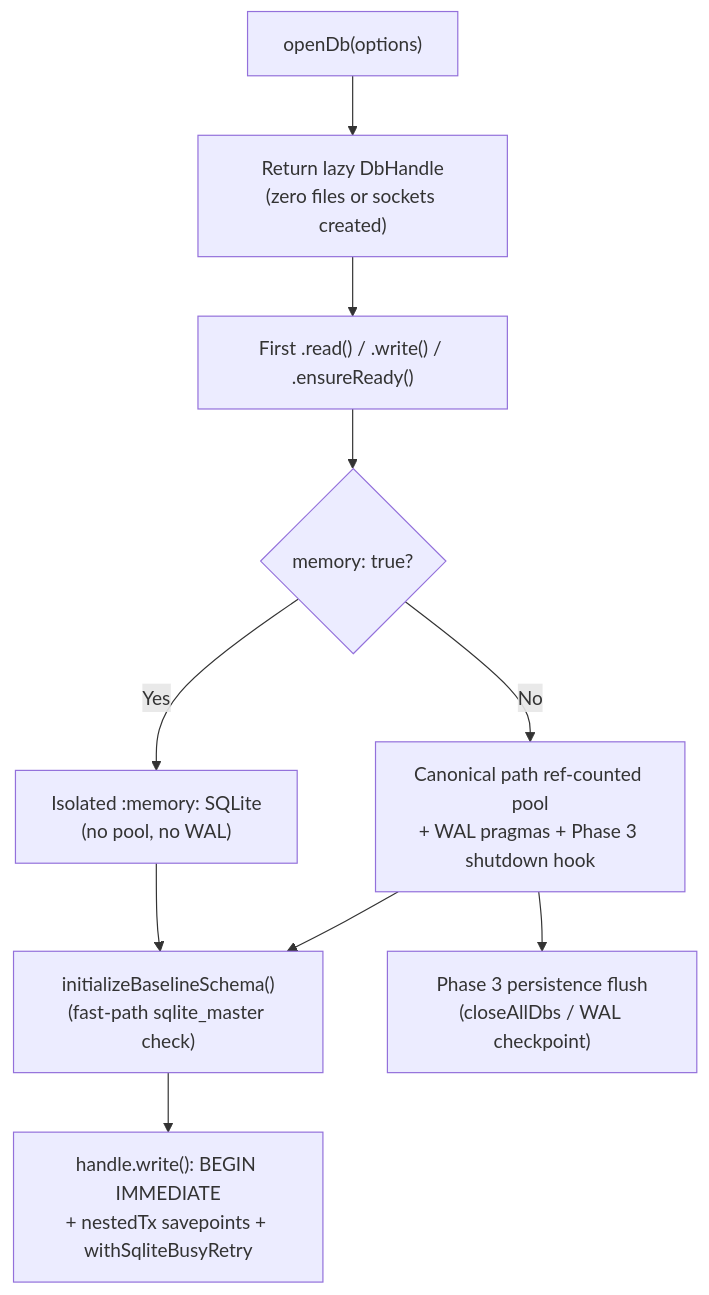
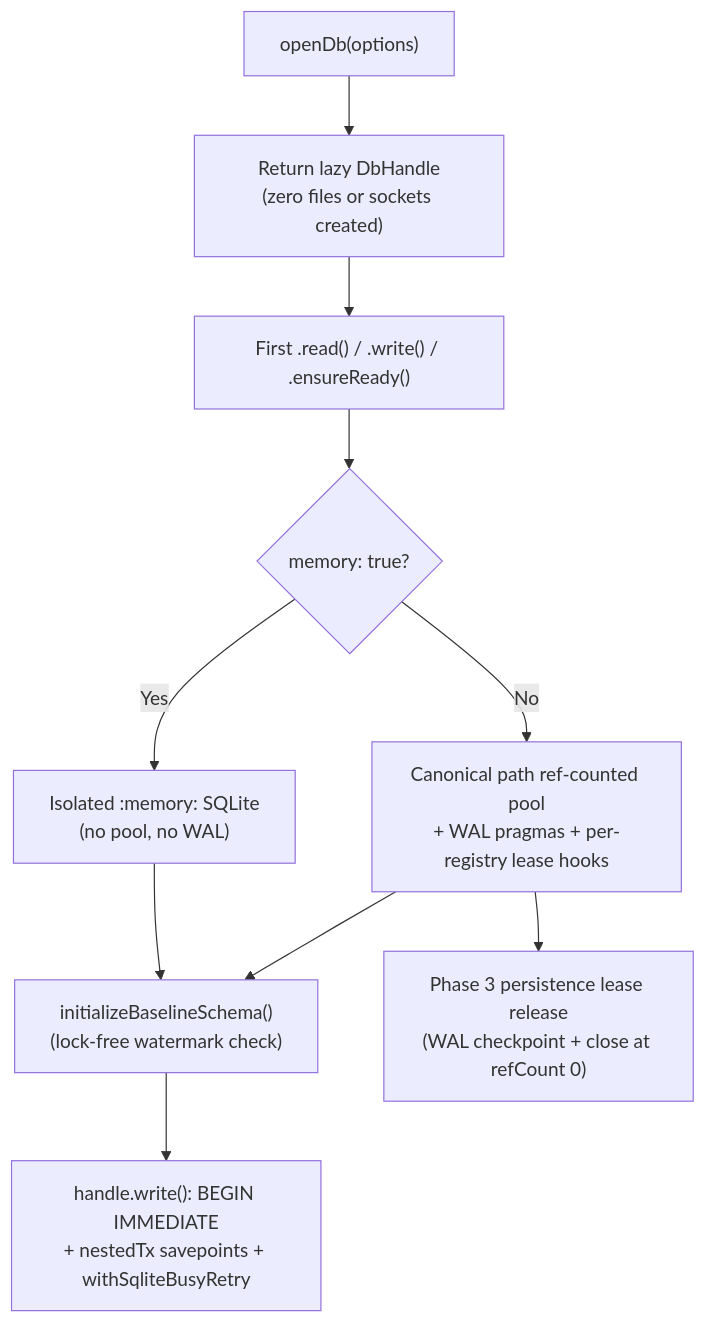
The diagram in docs/architecture/persistence.md (ahmedhanye/devtools), drawn with Mermaid before and after one commit. The commit also changed other lines of this file and 1 other file, not shown here.

Commit message:
docs(architecture): update persistence and lighthouse contracts

````diff
--- a/docs/architecture/persistence.md
+++ b/docs/architecture/persistence.md
@@ -17,12 +17,12 @@
 ```mermaid
 flowchart TD
   Open["openDb(options)"] --> Lazy["Return lazy DbHandle<br/>(zero files or sockets created)"]
   Lazy --> FirstUse["First .read() / .write() / .ensureReady()"]
   FirstUse --> Pool{"memory: true?"}
   Pool -- Yes --> Mem["Isolated :memory: SQLite<br/>(no pool, no WAL)"]
-  Pool -- No --> FilePool["Canonical path ref-counted pool<br/>+ WAL pragmas + Phase 3 shutdown hook"]
-  Mem --> Init["initializeBaselineSchema()<br/>(fast-path sqlite_master check)"]
+  Pool -- No --> FilePool["Canonical path ref-counted pool<br/>+ WAL pragmas + per-registry lease hooks"]
+  Mem --> Init["initializeBaselineSchema()<br/>(lock-free watermark check)"]
   FilePool --> Init
   Init --> Write["handle.write(): BEGIN IMMEDIATE<br/>+ nestedTx savepoints + withSqliteBusyRetry"]
-  FilePool --> Shutdown["Phase 3 persistence flush<br/>(closeAllDbs / WAL checkpoint)"]
+  FilePool --> Shutdown["Phase 3 persistence lease release<br/>(WAL checkpoint + close at refCount 0)"]
 ```
````
